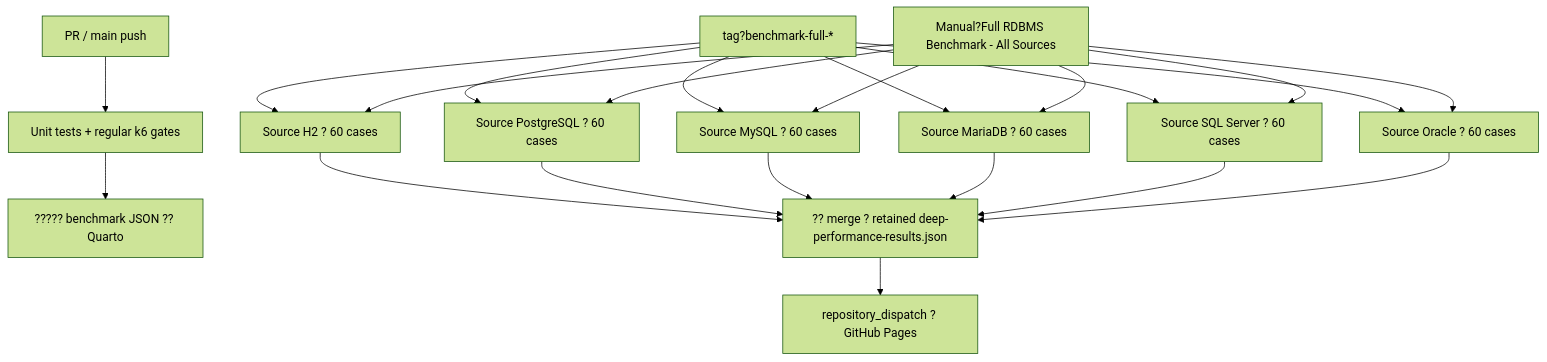
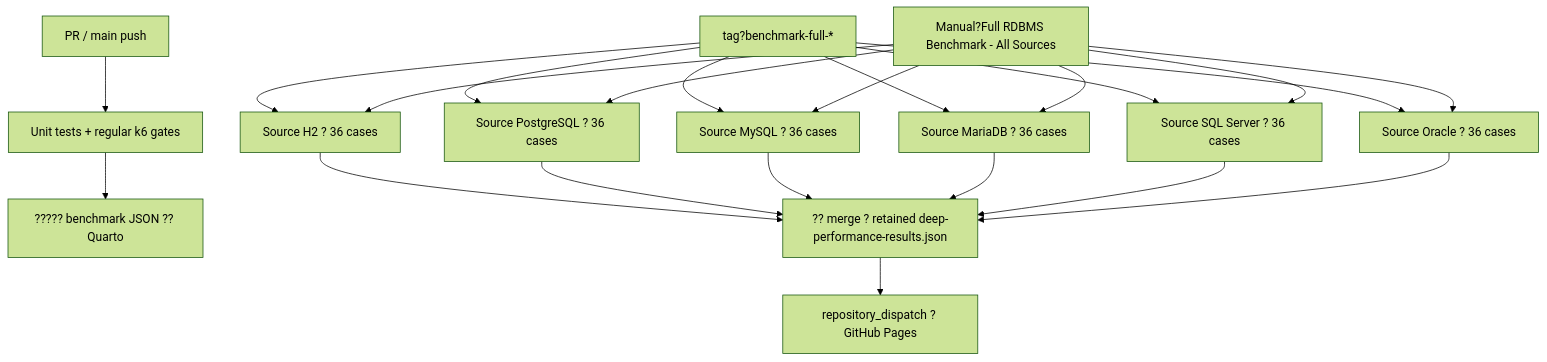
Before and after one commit to tibame201020/IrisPipe: the third of 3 diagrams in quarto/zh-TW/performance.qmd, drawn with Mermaid (forest theme). The commit also changed other lines of this file and 6 other files, not shown here.

Commit message:
perf: streamline full matrix benchmark ladder

````diff
--- a/quarto/zh-TW/performance.qmd
+++ b/quarto/zh-TW/performance.qmd
@@ -115,27 +113,27 @@
 ```{mermaid}
 flowchart TD
   PR["PR / main push"] --> G["Unit tests + regular k6 gates"]
   G --> P["????? benchmark JSON ?? Quarto"]
 
-  T["tag?benchmark-full-*"] --> H2["Source H2 ? 60 cases"]
-  T --> PG["Source PostgreSQL ? 60 cases"]
-  T --> MY["Source MySQL ? 60 cases"]
-  T --> MA["Source MariaDB ? 60 cases"]
-  T --> MS["Source SQL Server ? 60 cases"]
-  T --> OR["Source Oracle ? 60 cases"]
+  T["tag?benchmark-full-*"] --> H2["Source H2 ? 36 cases"]
+  T --> PG["Source PostgreSQL ? 36 cases"]
+  T --> MY["Source MySQL ? 36 cases"]
+  T --> MA["Source MariaDB ? 36 cases"]
+  T --> MS["Source SQL Server ? 36 cases"]
+  T --> OR["Source Oracle ? 36 cases"]
 
   M["Manual?Full RDBMS Benchmark - All Sources"] --> H2
   M --> PG
   M --> MY
   M --> MA
   M --> MS
   M --> OR
 
   H2 --> R["?? merge ? retained deep-performance-results.json"]
   PG --> R
   MY --> R
   MA --> R
   MS --> R
   OR --> R
   R --> D["repository_dispatch ? GitHub Pages"]
 ```
````
